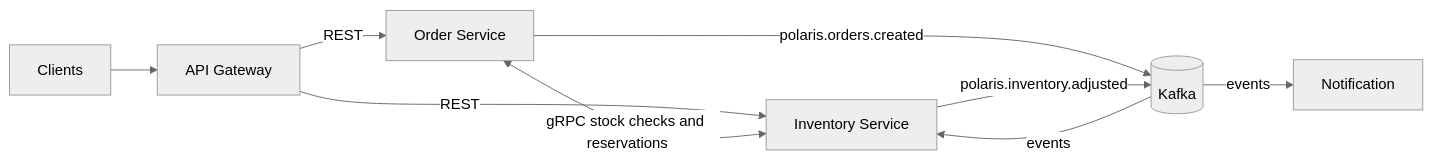
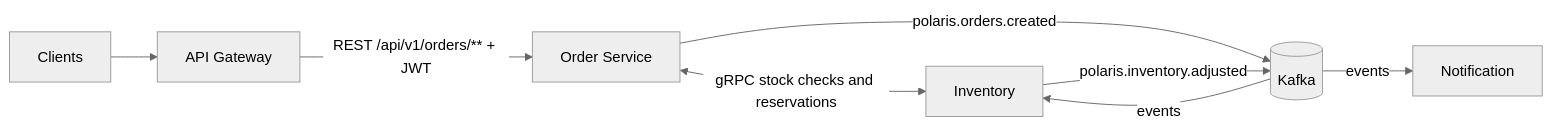
One commit to abdullahsayed30/Polaris changed the diagram in docs/architecture.md. Above: the diagram before and after it, drawn with Mermaid (neutral theme). The commit also changed other lines of this file and 25 other files, not shown here.

Commit message:
docs: expand architecture and ADR documentation

````diff
--- a/docs/architecture.md
+++ b/docs/architecture.md
@@ -5,14 +5,13 @@
 ```mermaid
 flowchart LR
     Client[Clients] --> Gateway[API Gateway]
 
-    Gateway -->|REST| Order[Order Service]
-    Gateway -->|REST| Inventory[Inventory Service]
+    Gateway -->|REST /api/v1/orders/** + JWT| Order[Order Service]
 
     Order <-->|gRPC stock checks and reservations| Inventory
 
     Order -->|polaris.orders.created| Kafka[(Kafka)]
     Inventory -->|polaris.inventory.adjusted| Kafka
     Kafka -->|events| Inventory
     Kafka -->|events| Notification
 ```
````
